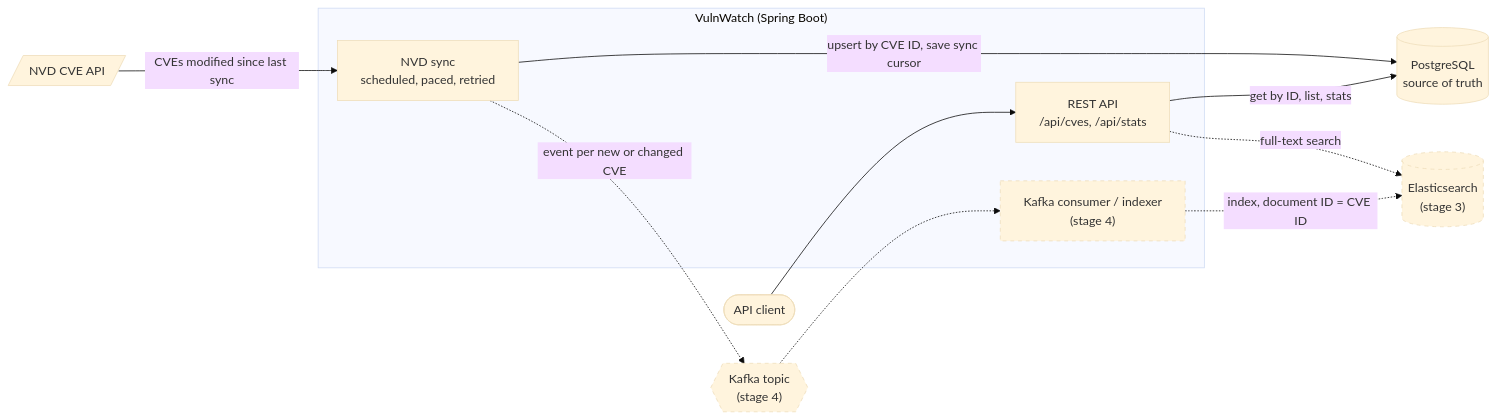
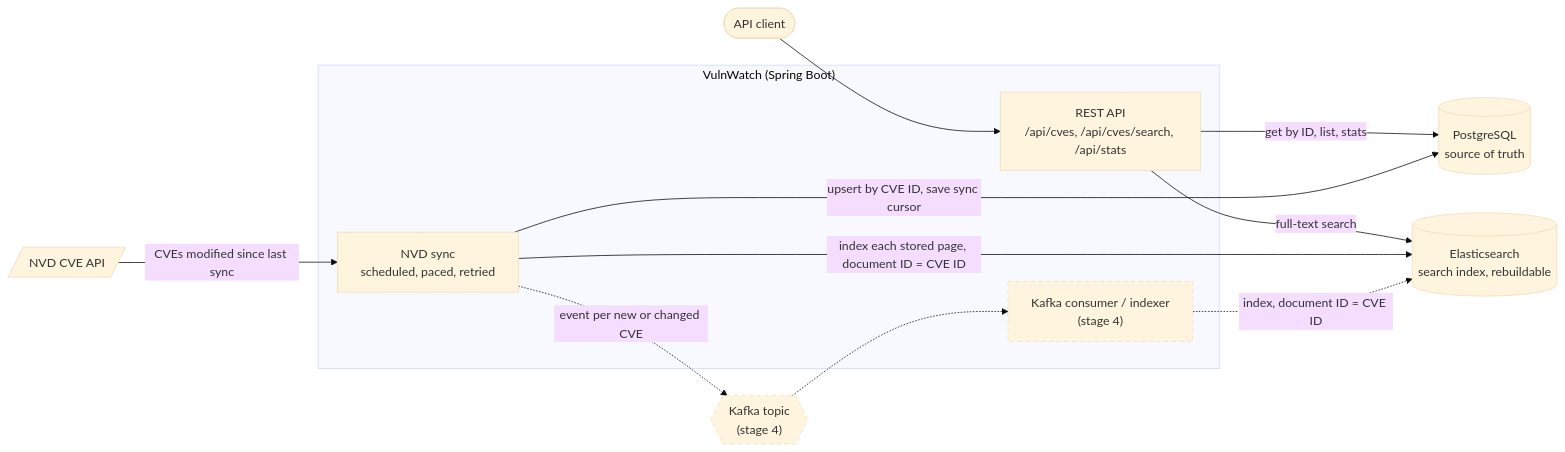
Before and after one commit to KKrusteF/VulnWatch: the diagram in README.md, drawn with Mermaid (base theme). The commit also changed other lines of this file and 20 other files, not shown here.

Commit message:
add elasticsearch search

````diff
--- a/README.md
+++ b/README.md
@@ -20,26 +20,27 @@
 ```mermaid
 flowchart LR
     client([API client])
     nvd[/NVD CVE API/]
 
     subgraph app["VulnWatch (Spring Boot)"]
-        api["REST API<br/>/api/cves, /api/stats"]
+        api["REST API<br/>/api/cves, /api/cves/search, /api/stats"]
         ingest["NVD sync<br/>scheduled, paced, retried"]
         indexer["Kafka consumer / indexer<br/>(stage 4)"]:::planned
     end
 
     pg[("PostgreSQL<br/>source of truth")]
     kafka{{"Kafka topic<br/>(stage 4)"}}:::planned
-    es[("Elasticsearch<br/>(stage 3)")]:::planned
+    es[("Elasticsearch<br/>search index, rebuildable")]
 
     client --> api
     api -->|get by ID, list, stats| pg
-    api -.->|full-text search| es
+    api -->|full-text search| es
     nvd -->|CVEs modified since last sync| ingest
     ingest -->|upsert by CVE ID, save sync cursor| pg
+    ingest -->|index each stored page, document ID = CVE ID| es
     ingest -.->|event per new or changed CVE| kafka
     kafka -.-> indexer
     indexer -.->|index, document ID = CVE ID| es
 
     classDef planned stroke-dasharray: 5 5
 ```
````
